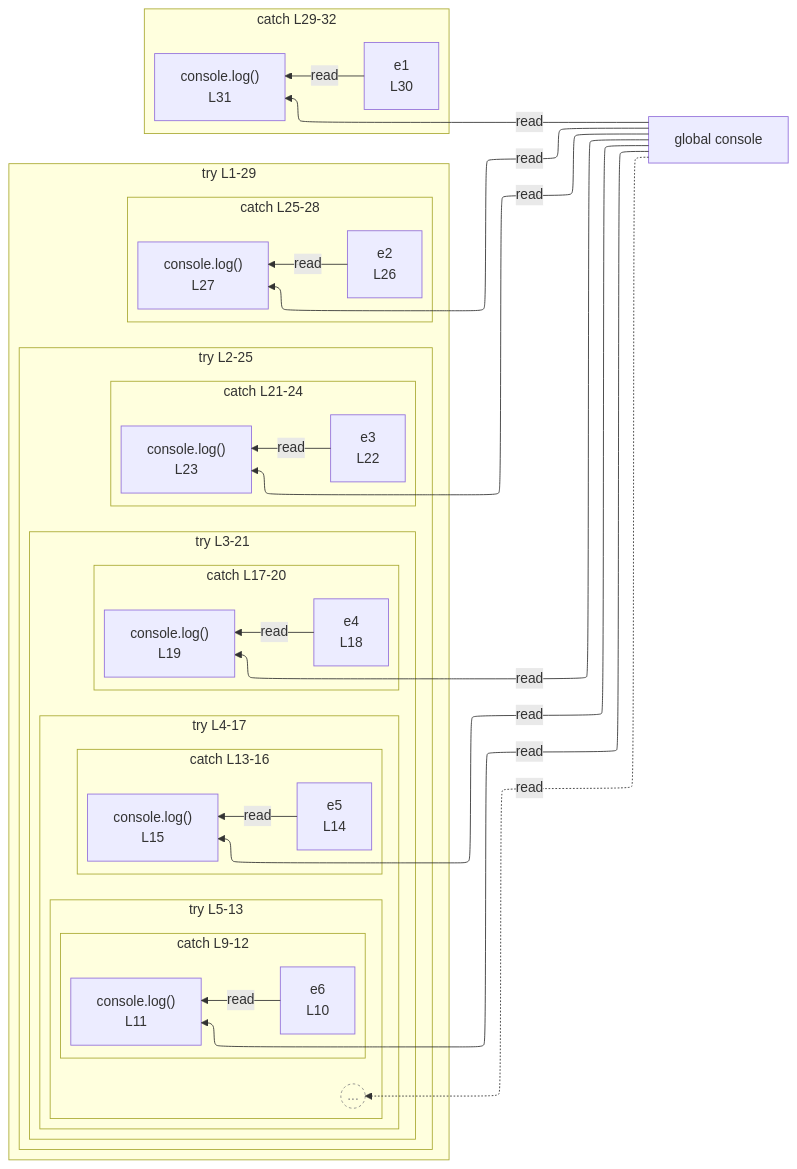
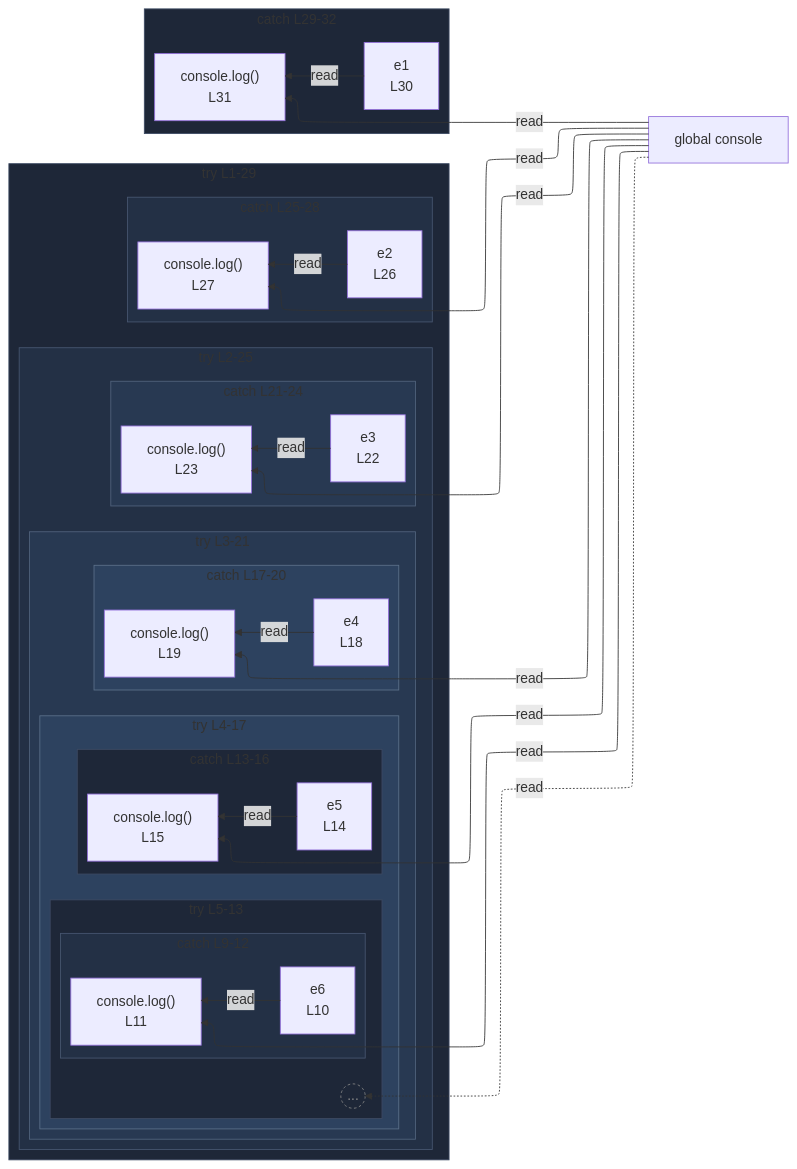
One commit to crescware/unsnarl changed the diagram in integration/fixtures/app-behavior/depth/try-catch-finally/depth-5/preview.md. Above: the diagram before and after it, drawn with Mermaid. The commit also changed 249 other files, not shown here.

First line of the commit message:
Color Mermaid subgraphs by nesting depth via theme palette

````diff
--- a/integration/fixtures/app-behavior/depth/try-catch-finally/depth-5/preview.md
+++ b/integration/fixtures/app-behavior/depth/try-catch-finally/depth-5/preview.md
@@ -48,66 +48,81 @@
 ```mermaid
 %%{init: {"flowchart": {"defaultRenderer": "elk"}}}%%
 flowchart RL
   n_scope_0_console_103["global console"]
   subgraph s_scope_1["try L1-29"]
     direction RL
     subgraph s_scope_2["try L2-25"]
       direction RL
       subgraph s_scope_3["try L3-21"]
         direction RL
         subgraph s_scope_4["try L4-17"]
           direction RL
           subgraph s_scope_5["try L5-13"]
             direction RL
             beyond_depth_s_scope_5((...))
             subgraph s_scope_7["catch L9-12"]
               direction RL
               n_scope_7_e6_157["e6<br/>L10"]
               expr_stmt_180["console.log()<br/>L11"]
             end
           end
           subgraph s_scope_8["catch L13-16"]
             direction RL
             n_scope_8_e5_243["e5<br/>L14"]
             expr_stmt_264["console.log()<br/>L15"]
           end
         end
         subgraph s_scope_9["catch L17-20"]
           direction RL
           n_scope_9_e4_321["e4<br/>L18"]
           expr_stmt_340["console.log()<br/>L19"]
         end
       end
       subgraph s_scope_10["catch L21-24"]
         direction RL
         n_scope_10_e3_391["e3<br/>L22"]
         expr_stmt_408["console.log()<br/>L23"]
       end
     end
     subgraph s_scope_11["catch L25-28"]
       direction RL
       n_scope_11_e2_453["e2<br/>L26"]
       expr_stmt_468["console.log()<br/>L27"]
     end
   end
   subgraph s_scope_12["catch L29-32"]
     direction RL
     n_scope_12_e1_507["e1<br/>L30"]
     expr_stmt_520["console.log()<br/>L31"]
   end
   n_scope_0_console_103 -.->|read| beyond_depth_s_scope_5
   n_scope_0_console_103 -->|read| expr_stmt_180
   n_scope_7_e6_157 -->|read| expr_stmt_180
   n_scope_0_console_103 -->|read| expr_stmt_264
   n_scope_8_e5_243 -->|read| expr_stmt_264
   n_scope_0_console_103 -->|read| expr_stmt_340
   n_scope_9_e4_321 -->|read| expr_stmt_340
   n_scope_0_console_103 -->|read| expr_stmt_408
   n_scope_10_e3_391 -->|read| expr_stmt_408
   n_scope_0_console_103 -->|read| expr_stmt_468
   n_scope_11_e2_453 -->|read| expr_stmt_468
   n_scope_0_console_103 -->|read| expr_stmt_520
   n_scope_12_e1_507 -->|read| expr_stmt_520
   classDef boundaryStub fill:transparent,stroke:#888,stroke-dasharray:3 3,color:#888;
   class beyond_depth_s_scope_5 boundaryStub;
+  classDef nestL1 fill:#1e2738,stroke:#3d4a63;
+  class s_scope_1 nestL1;
+  class s_scope_5 nestL1;
+  class s_scope_8 nestL1;
+  class s_scope_12 nestL1;
+  classDef nestL2 fill:#233045,stroke:#475670;
+  class s_scope_2 nestL2;
+  class s_scope_7 nestL2;
+  class s_scope_11 nestL2;
+  classDef nestL3 fill:#283952,stroke:#51637d;
+  class s_scope_3 nestL3;
+  class s_scope_10 nestL3;
+  classDef nestL4 fill:#2d425f,stroke:#5b708a;
+  class s_scope_4 nestL4;
+  class s_scope_9 nestL4;
 ```
````
